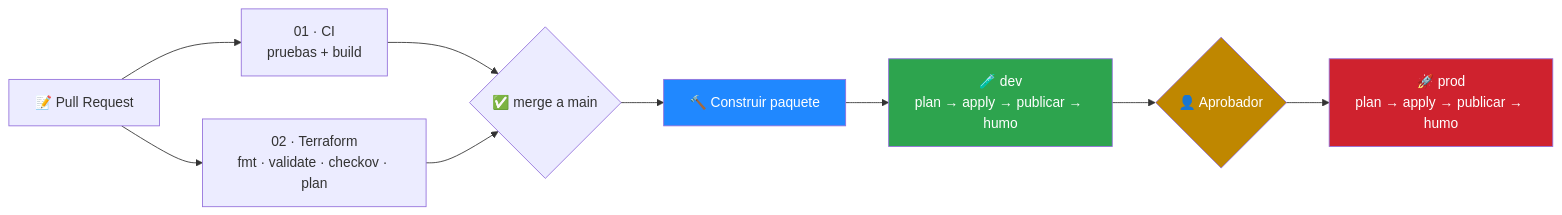
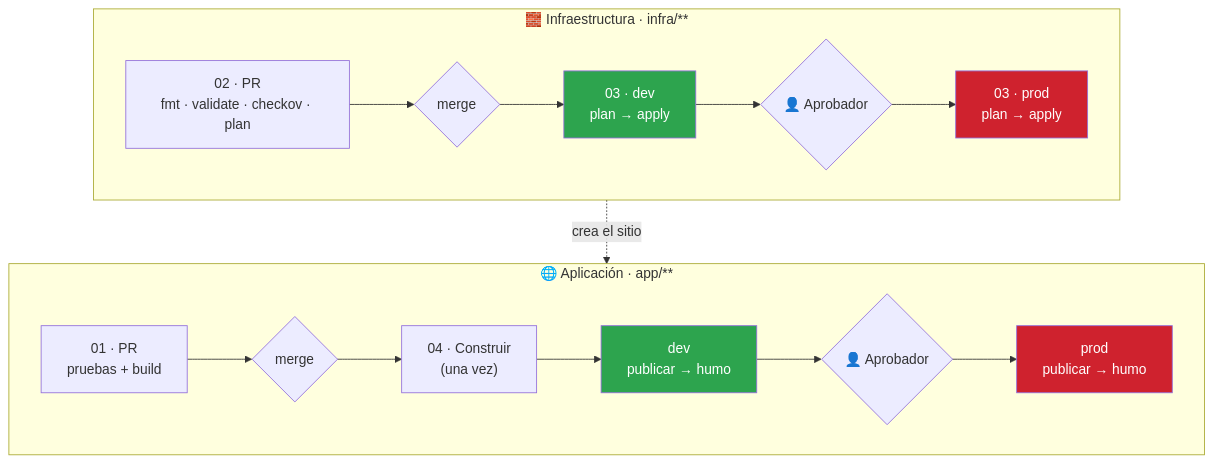
The first of 2 diagrams in README.md (JordanReyesLeger/github-workflows-workshop-azure-ci-cd-enterprise), drawn with Mermaid before and after one commit. The commit also changed other lines of this file and 10 other files, not shown here.

````diff
--- a/README.md
+++ b/README.md
@@ -60,15 +74,23 @@
 ```mermaid
-flowchart LR
-    PR["📝 Pull Request"] --> CI["01 · CI<br/>pruebas + build"]
-    PR --> TF["02 · Terraform<br/>fmt · validate · checkov · plan"]
-    CI --> M{"✅ merge a main"}
-    TF --> M
-    M --> B["🔨 Construir paquete"]
-    B --> D["🧪 dev<br/>plan → apply → publicar → humo"]
-    D --> A{"👤 Aprobador"}
-    A --> P["🚀 prod<br/>plan → apply → publicar → humo"]
-    style B fill:#2088FF,color:#fff
-    style D fill:#2DA44E,color:#fff
-    style A fill:#BF8700,color:#fff
-    style P fill:#CF222E,color:#fff
+flowchart TB
+    subgraph INFRA["🧱 Infraestructura · infra/**"]
+      direction LR
+      I1["02 · PR<br/>fmt · validate · checkov · plan"] --> I2{"merge"}
+      I2 --> I3["03 · dev<br/>plan → apply"]
+      I3 --> I4{"👤 Aprobador"}
+      I4 --> I5["03 · prod<br/>plan → apply"]
+    end
+    subgraph APP["🌐 Aplicación · app/**"]
+      direction LR
+      A1["01 · PR<br/>pruebas + build"] --> A2{"merge"}
+      A2 --> A3["04 · Construir<br/>(una vez)"]
+      A3 --> A4["dev<br/>publicar → humo"]
+      A4 --> A5{"👤 Aprobador"}
+      A5 --> A6["prod<br/>publicar → humo"]
+    end
+    INFRA -. "crea el sitio" .-> APP
+    style I3 fill:#2DA44E,color:#fff
+    style I5 fill:#CF222E,color:#fff
+    style A4 fill:#2DA44E,color:#fff
+    style A6 fill:#CF222E,color:#fff
 ```
````
